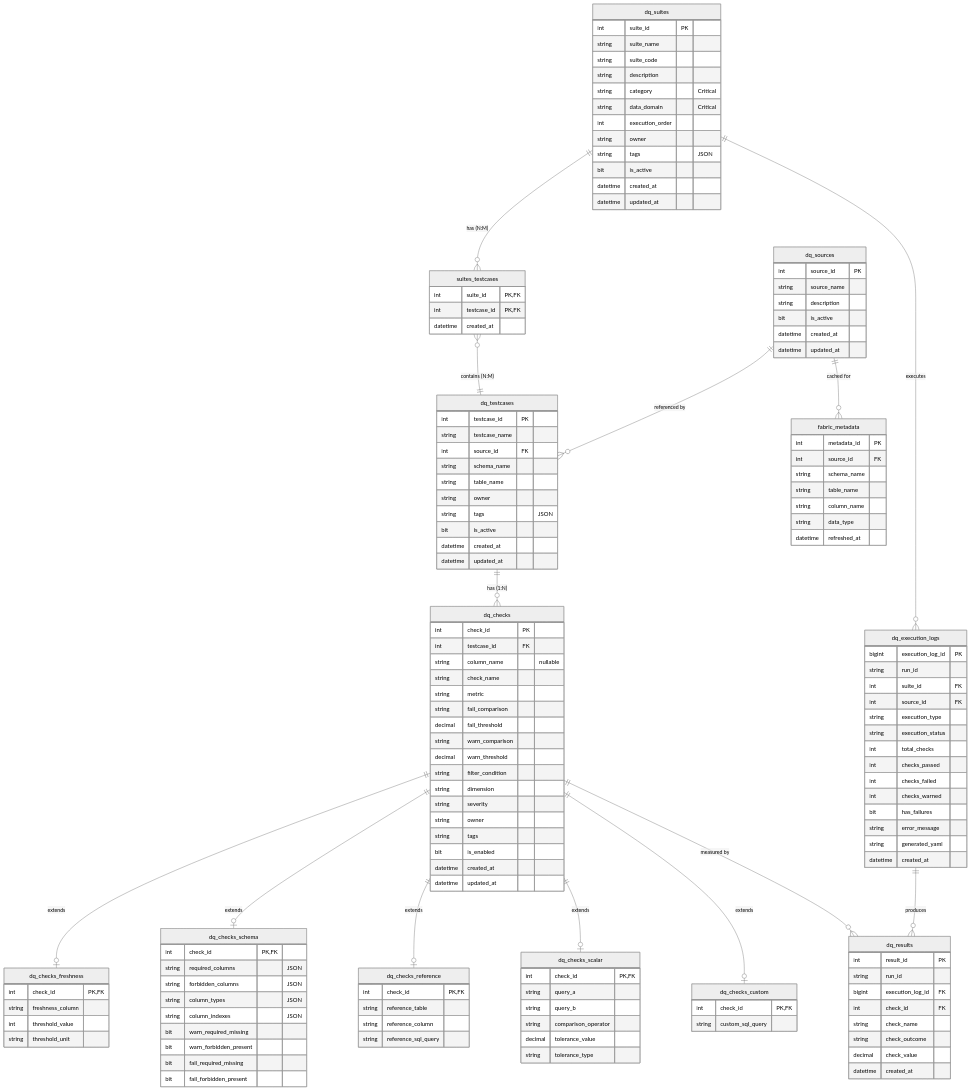
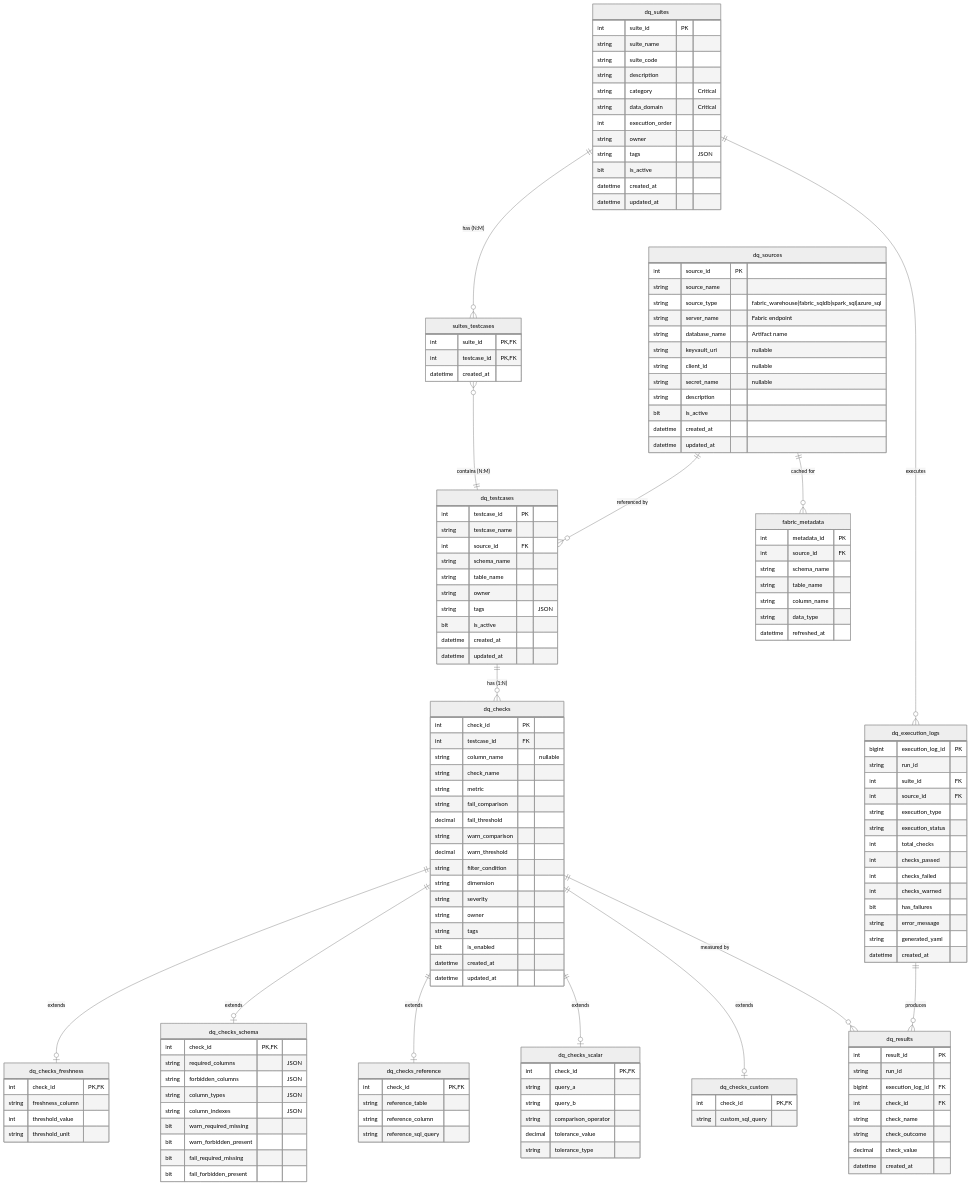
One commit to chwagneraltyca/fabricsoda changed the diagram in docs/specs/data-model/er-model-simplified.md. Above: the diagram before and after it, drawn with Mermaid (neutral theme). The commit also changed other lines of this file and 5 other files, not shown here.

```diff
--- a/docs/specs/data-model/er-model-simplified.md
+++ b/docs/specs/data-model/er-model-simplified.md
@@ -52,6 +52,12 @@
     dq_sources {
         int source_id PK
         string source_name
+        string source_type "fabric_warehouse|fabric_sqldb|spark_sql|azure_sql"
+        string server_name "Fabric endpoint"
+        string database_name "Artifact name"
+        string keyvault_uri "nullable"
+        string client_id "nullable"
+        string secret_name "nullable"
         string description
         bit is_active
         datetime created_at
```
